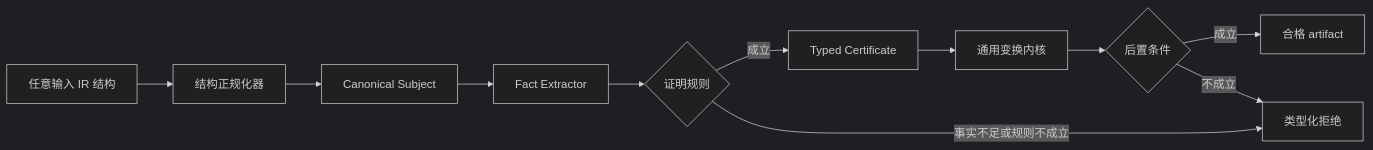
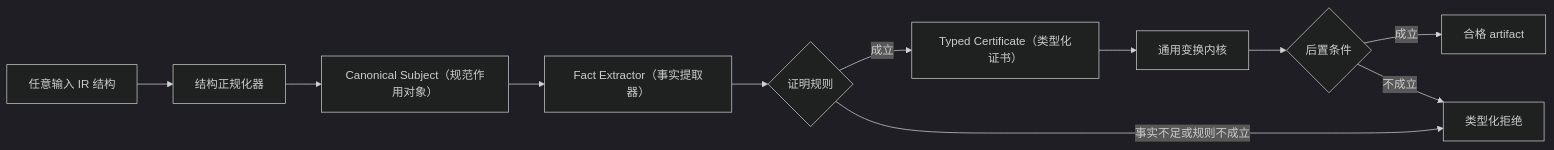
One commit to gslkj3/triton-hbv-l-lite changed the second of 4 diagrams in docs/l-lite-project-architecture-design.zh-CN.md. Above: the diagram before and after it, drawn with Mermaid (dark theme). The commit also changed other lines of this file, not shown here.

````diff
--- a/docs/l-lite-project-architecture-design.zh-CN.md
+++ b/docs/l-lite-project-architecture-design.zh-CN.md
@@ -146,19 +153,19 @@
 ```mermaid
 flowchart LR
     IR["任意输入 IR 结构"]
     N["结构正规化器"]
-    S["Canonical Subject"]
-    E["Fact Extractor"]
+    S["Canonical Subject（规范作用对象）"]
+    E["Fact Extractor（事实提取器）"]
     R{"证明规则"}
-    C["Typed Certificate"]
+    C["Typed Certificate（类型化证书）"]
     M["通用变换内核"]
     Q{"后置条件"}
     O["合格 artifact"]
     X["类型化拒绝"]
 
     IR --> N --> S --> E --> R
     R -- "成立" --> C --> M --> Q
     R -- "事实不足或规则不成立" --> X
     Q -- "成立" --> O
     Q -- "不成立" --> X
 ```
````
